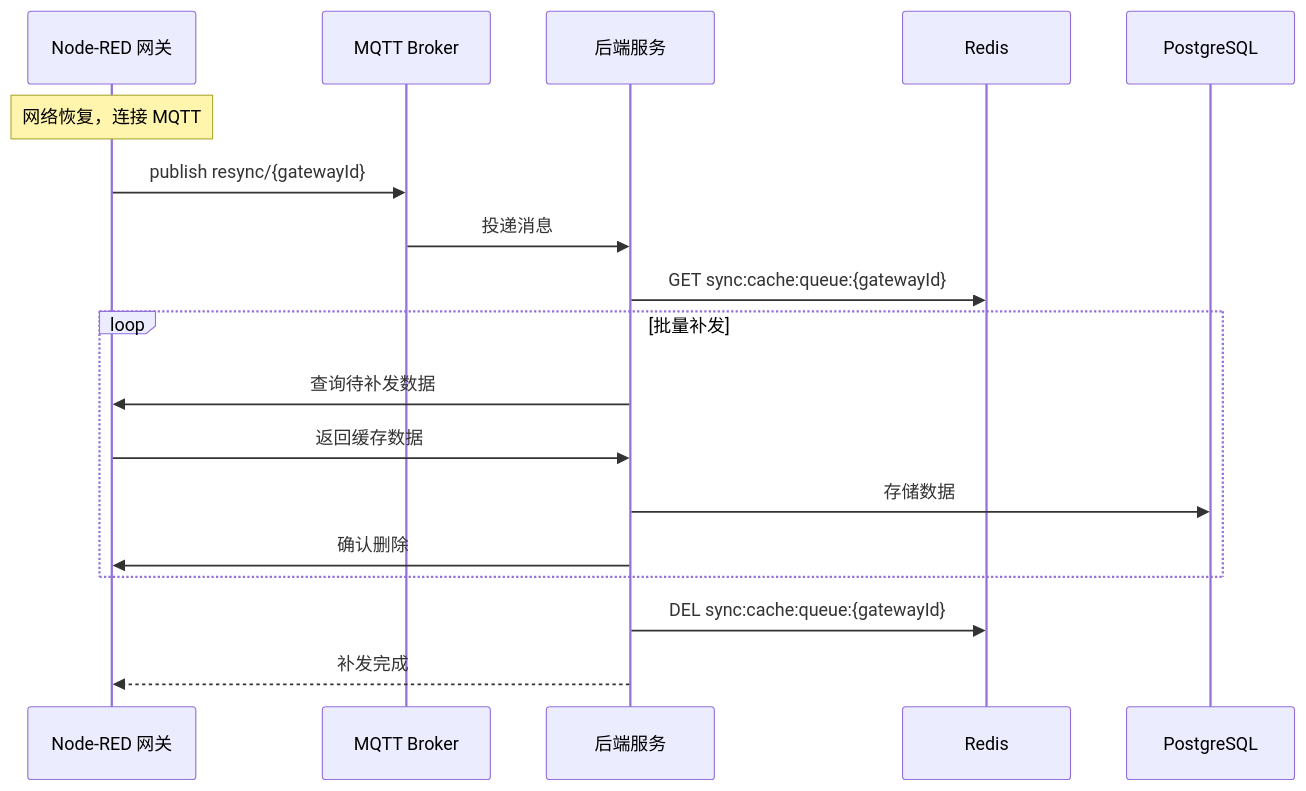
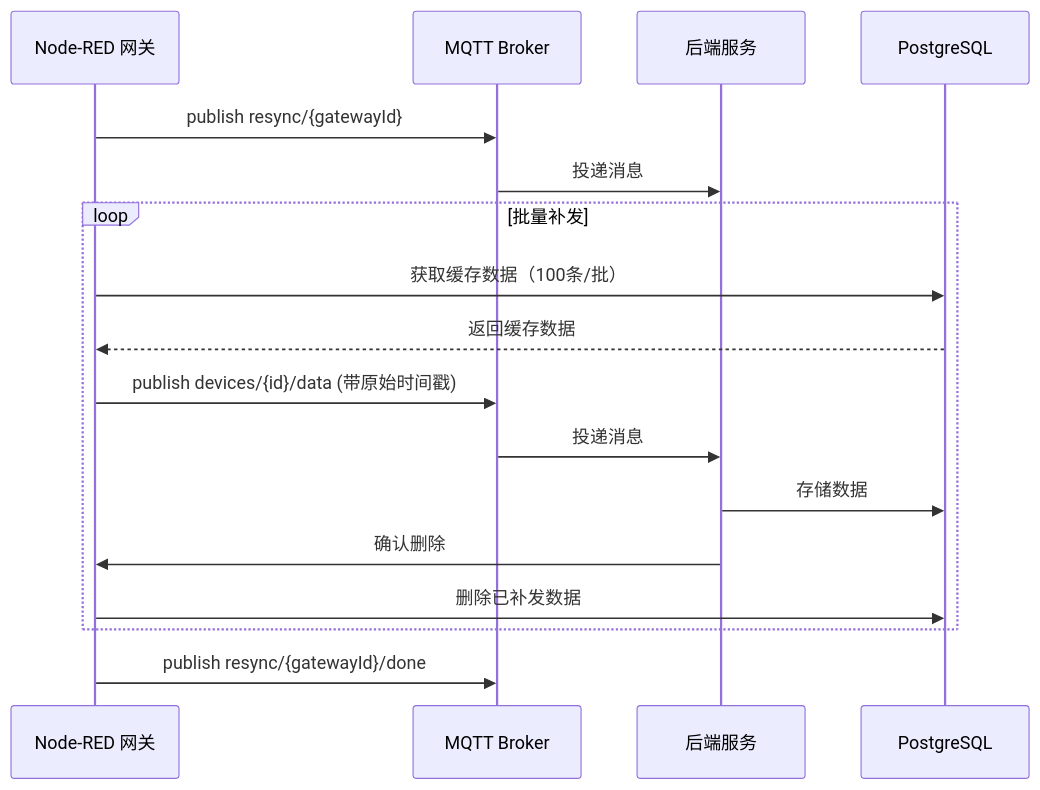
Before and after one commit to JusKyle/nodered-collect: the second of 2 diagrams in specs/features/配置下发与同步_技术方案.md, drawn with Mermaid. The commit also changed other lines of this file and 3 other files, not shown here.

````diff
--- a/specs/features/配置下发与同步_技术方案.md
+++ b/specs/features/配置下发与同步_技术方案.md
@@ -330,24 +405,22 @@
 ```mermaid
 sequenceDiagram
     participant Gateway as Node-RED 网关
     participant MQTT as MQTT Broker
     participant Backend as 后端服务
-    participant Redis as Redis
     participant DB as PostgreSQL
-
-    Note over Gateway: 网络恢复，连接 MQTT
 
     Gateway->>MQTT: publish resync/{gatewayId}
     MQTT->>Backend: 投递消息
-    Backend->>Redis: GET sync:cache:queue:{gatewayId}
-
+    
     loop 批量补发
-        Backend->>Gateway: 查询待补发数据
-        Gateway->>Backend: 返回缓存数据
+        Gateway->>DB: 获取缓存数据（100条/批）
+        DB-->>Gateway: 返回缓存数据
+        Gateway->>MQTT: publish devices/{id}/data (带原始时间戳)
+        MQTT->>Backend: 投递消息
         Backend->>DB: 存储数据
         Backend->>Gateway: 确认删除
+        Gateway->>DB: 删除已补发数据
     end
-
-    Backend->>Redis: DEL sync:cache:queue:{gatewayId}
-    Backend-->>Gateway: 补发完成
+    
+    Gateway->>MQTT: publish resync/{gatewayId}/done
 ```
````
